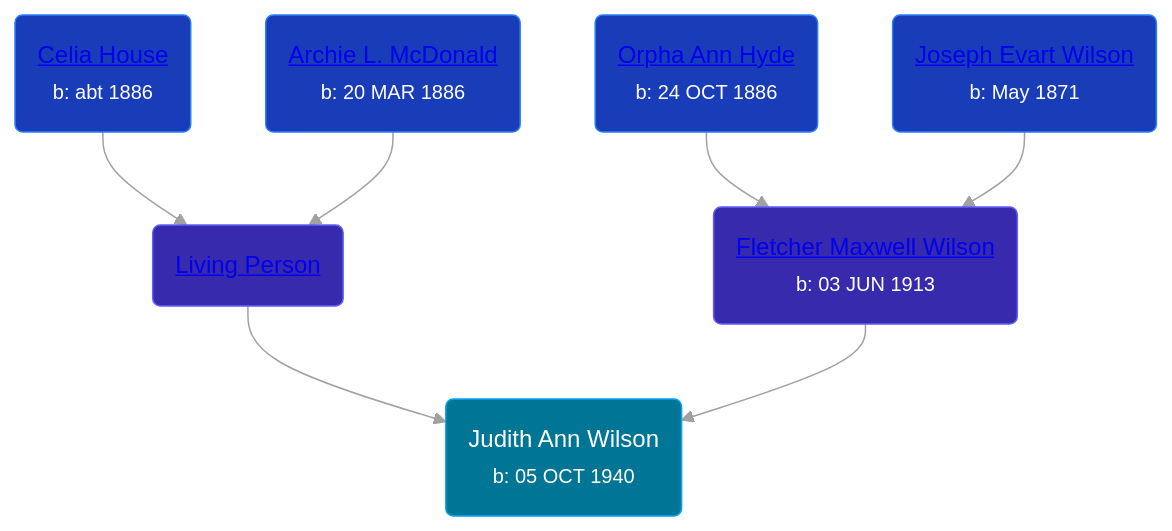
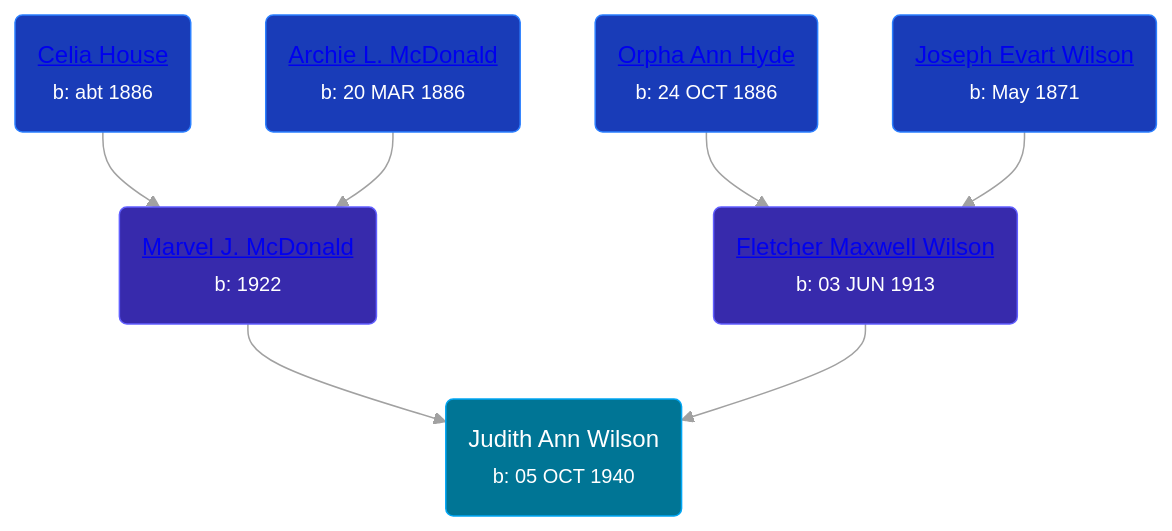
The diagram in pages/people/5/50745588.md (wpmgotkh/wpmgotkh.github.io), drawn with Mermaid (forest theme) before and after one commit. The commit also changed other lines of this file and 257 other files, not shown here.

````diff
--- a/pages/people/5/50745588.md
+++ b/pages/people/5/50745588.md
@@ -11,14 +11,14 @@
 ```mermaid
 graph
 classDef grands fill:#193cb8,stroke:#2b7fff,stroke-width:1px,color:#fff;
 classDef parents fill:#372aac,stroke:#615fff,stroke-width:1px,color:#fff;
 classDef primary fill:#007595,stroke:#00a6f4,stroke-width:1px,color:#fff;
 50745588(Judith Ann Wilson<br /><small>b: 05 OCT 1940</small>):::primary
-1324224(<a class="text-white" href="/people/1/1324224">Living Person</a>):::parents-->50745588
+1324224(<a class="text-white" href="/people/1/1324224">Marvel J. McDonald</a><br /><small>b: 1922</small>):::parents-->50745588
 69305794(<a class="text-white" href="/people/6/69305794">Celia House</a><br /><small>b: abt 1886</small>):::grands-->1324224
 52644506(<a class="text-white" href="/people/5/52644506">Archie L. McDonald</a><br /><small>b: 20 MAR 1886</small>):::grands-->1324224
 32597724(<a class="text-white" href="/people/3/32597724">Fletcher Maxwell Wilson</a><br /><small>b: 03 JUN 1913</small>):::parents-->50745588
 63932813(<a class="text-white" href="/people/6/63932813">Orpha Ann Hyde</a><br /><small>b: 24 OCT 1886</small>):::grands-->32597724
 57306025(<a class="text-white" href="/people/5/57306025">Joseph Evart Wilson</a><br /><small>b: May 1871</small>):::grands-->32597724
 linkStyle default stroke:#a1a1a1
 ```
````
